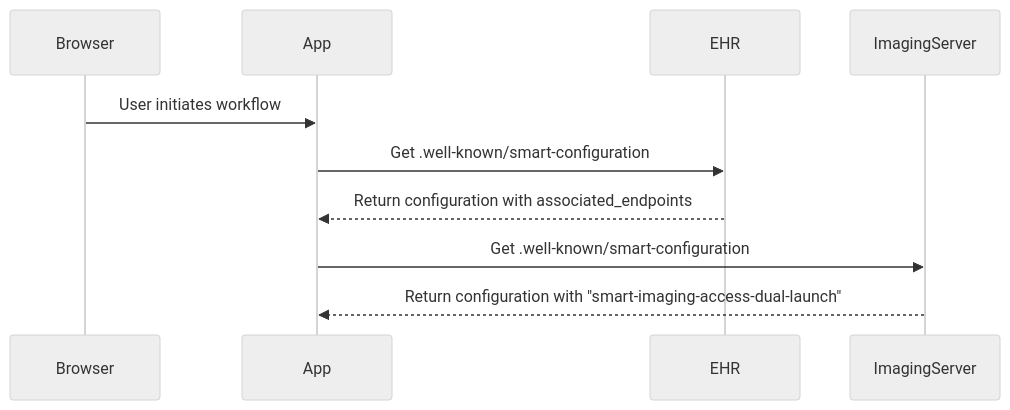
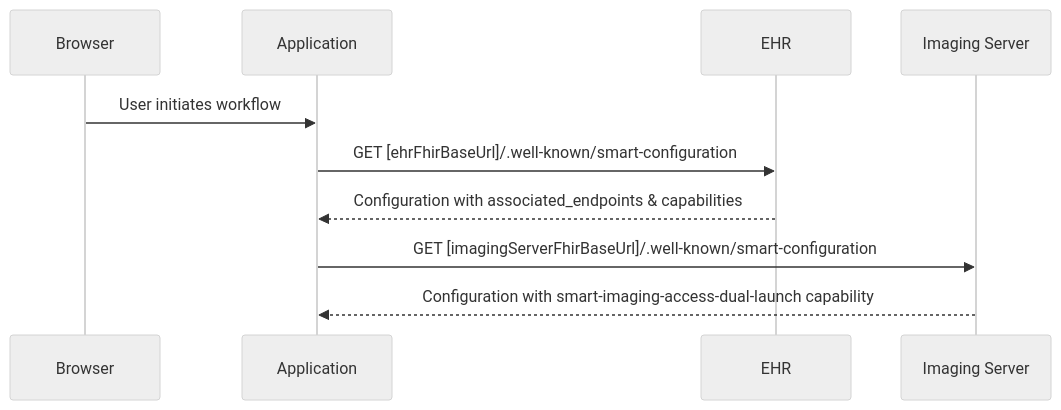
Before and after one commit to bvdh/smart-multi-auth: the first of 4 diagrams in input/pagecontent/solution-dual-smart-launch.md, drawn with Mermaid (neutral theme). The commit also changed other lines of this file, not shown here.

````diff
--- a/input/pagecontent/solution-dual-smart-launch.md
+++ b/input/pagecontent/solution-dual-smart-launch.md
@@ -38,13 +38,13 @@
 ```mermaid
 sequenceDiagram
     participant Browser
-    participant App
+    participant App as Application
     participant EHR
-    participant ImagingServer
+    participant ImagingServer as Imaging Server
 
     Browser->>App: User initiates workflow
-    App->>EHR: Get .well-known/smart-configuration
-    EHR-->>App: Return configuration with associated_endpoints
-    App->>ImagingServer: Get .well-known/smart-configuration
-    ImagingServer-->>App: Return configuration with "smart-imaging-access-dual-launch"
+    App->>EHR: GET [ehrFhirBaseUrl]/.well-known/smart-configuration
+    EHR-->>App: Configuration with associated_endpoints & capabilities
+    App->>ImagingServer: GET [imagingServerFhirBaseUrl]/.well-known/smart-configuration
+    ImagingServer-->>App: Configuration with smart-imaging-access-dual-launch capability
 ```
````
